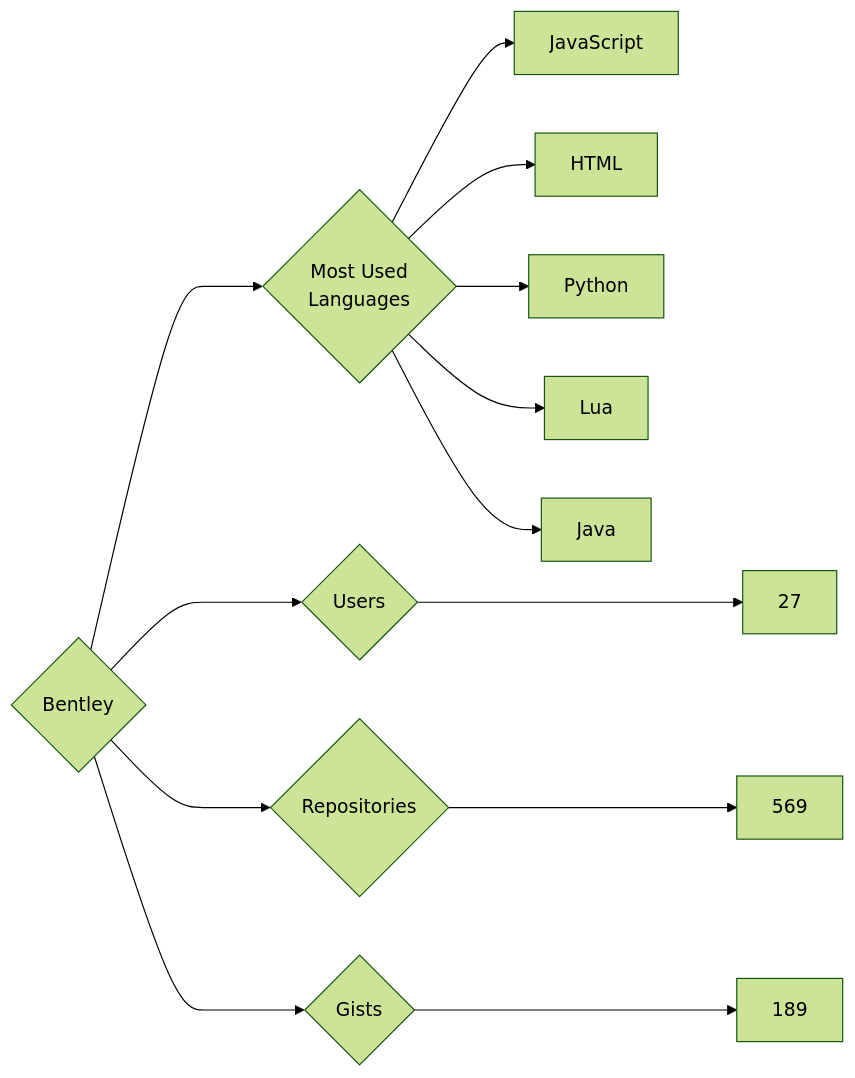
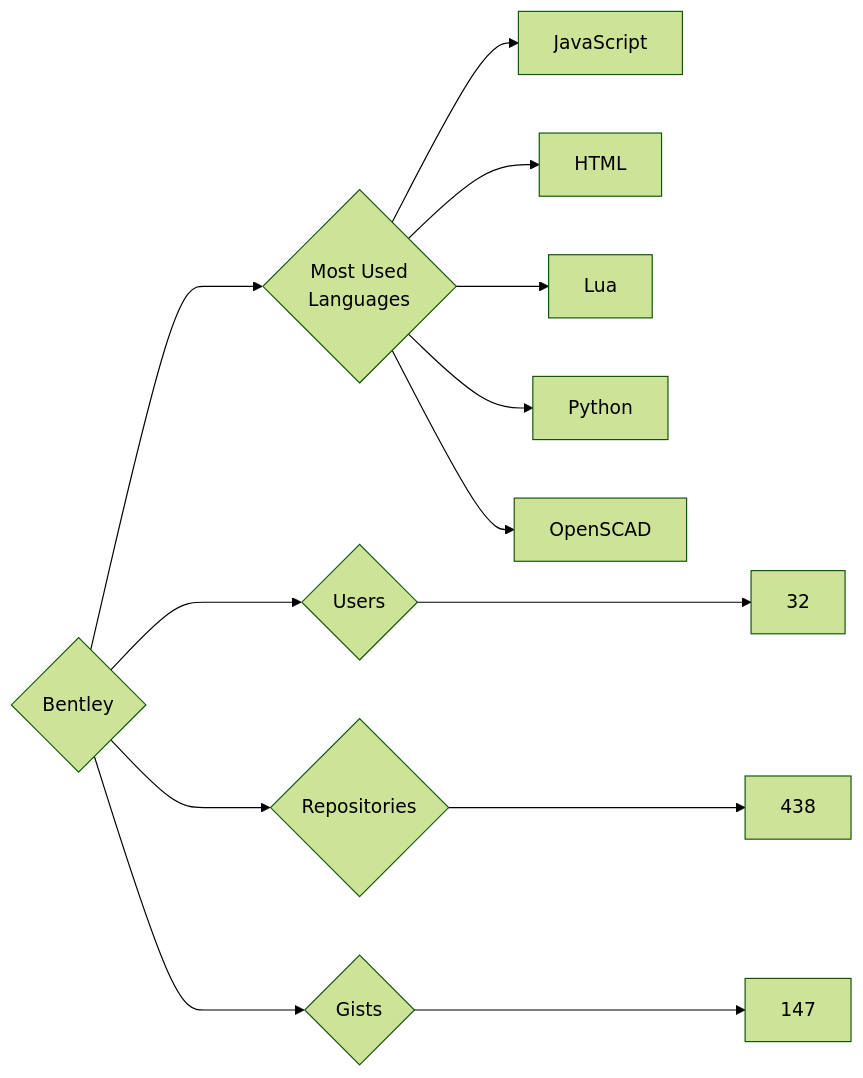
One commit to trickest/insiders changed the diagram in targets/Bentley/README.md. Above: the diagram before and after it, drawn with Mermaid (forest theme). The commit also changed 749 other files, not shown here.

````diff
--- a/targets/Bentley/README.md
+++ b/targets/Bentley/README.md
@@ -3,13 +3,13 @@
 ```mermaid
 graph LR
 COMPANY_NAME{Bentley}
-COMPANY_NAME ---> U{Users} ---> UN[27]
-COMPANY_NAME ---> R{Repositories} ---> RN[569]
-COMPANY_NAME ---> G{Gists} ---> GN[189]
+COMPANY_NAME ---> U{Users} ---> UN[32]
+COMPANY_NAME ---> R{Repositories} ---> RN[438]
+COMPANY_NAME ---> G{Gists} ---> GN[147]
 COMPANY_NAME ---> ML{Most Used<br>Languages}
 ML --> JavaScript[JavaScript]
 ML --> HTML[HTML]
+ML --> Lua[Lua]
 ML --> Python[Python]
-ML --> Lua[Lua]
-ML --> Java[Java]
+ML --> OpenSCAD[OpenSCAD]
 ```
````
